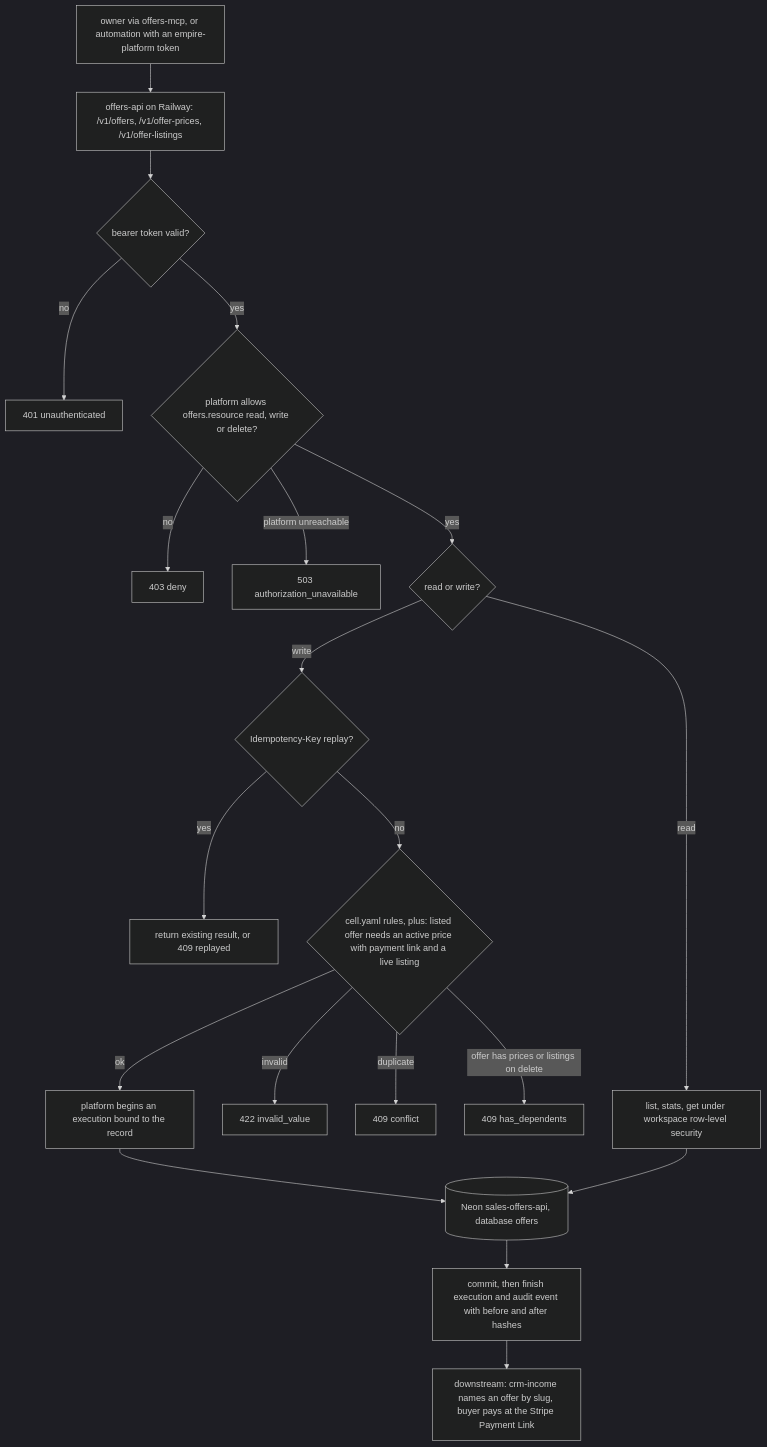
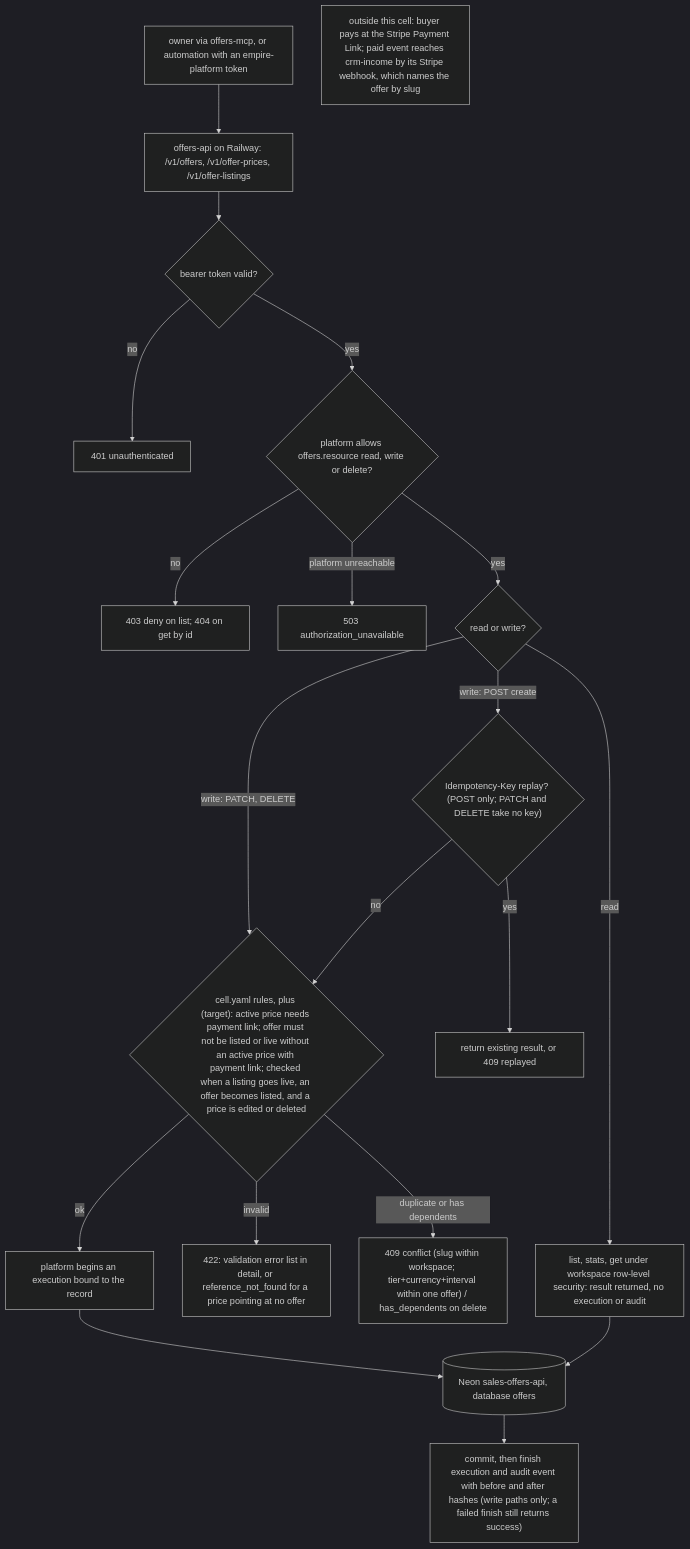
One commit to bookchaowalit/sales-offers-api changed the second of 2 diagrams in docs/diagrams/01-business-process.md. Above: the diagram before and after it, drawn with Mermaid (dark theme). The commit also changed other lines of this file, not shown here.

````diff
--- a/docs/diagrams/01-business-process.md
+++ b/docs/diagrams/01-business-process.md
@@ -45,22 +45,22 @@
 ```mermaid
 flowchart TD
   CALLER["owner via offers-mcp, or automation with an empire-platform token"] --> API["offers-api on Railway: /v1/offers, /v1/offer-prices, /v1/offer-listings"]
   API --> VERIFY{"bearer token valid?"}
   VERIFY -->|no| R401["401 unauthenticated"]
   VERIFY -->|yes| CHK{"platform allows offers.resource read, write or delete?"}
-  CHK -->|no| R403["403 deny"]
+  CHK -->|"no"| R403["403 deny on list; 404 on get by id"]
   CHK -->|"platform unreachable"| R503["503 authorization_unavailable"]
   CHK -->|yes| KIND{"read or write?"}
-  KIND -->|read| READ["list, stats, get under workspace row-level security"]
-  KIND -->|write| IDEM{"Idempotency-Key replay?"}
+  KIND -->|read| READ["list, stats, get under workspace row-level security: result returned, no execution or audit"]
+  KIND -->|"write: POST create"| IDEM{"Idempotency-Key replay? (POST only; PATCH and DELETE take no key)"}
+  KIND -->|"write: PATCH, DELETE"| RULES
   IDEM -->|yes| REPLAYED["return existing result, or 409 replayed"]
-  IDEM -->|no| RULES{"cell.yaml rules, plus: listed offer needs an active price with payment link and a live listing"}
-  RULES -->|"invalid"| R422["422 invalid_value"]
-  RULES -->|"duplicate"| R409["409 conflict"]
-  RULES -->|"offer has prices or listings on delete"| R409B["409 has_dependents"]
+  IDEM -->|no| RULES{"cell.yaml rules, plus (target): active price needs payment link; offer must not be listed or live without an active price with payment link; checked when a listing goes live, an offer becomes listed, and a price is edited or deleted"}
+  RULES -->|"invalid"| R422["422: validation error list in detail, or reference_not_found for a price pointing at no offer"]
+  RULES -->|"duplicate or has dependents"| R409["409 conflict (slug within workspace; tier+currency+interval within one offer) / has_dependents on delete"]
   RULES -->|ok| EXEC["platform begins an execution bound to the record"]
   EXEC --> DB[("Neon sales-offers-api, database offers")]
-  DB --> AUDIT["commit, then finish execution and audit event with before and after hashes"]
+  DB --> AUDIT["commit, then finish execution and audit event with before and after hashes (write paths only; a failed finish still returns success)"]
   READ --> DB
-  AUDIT --> BUYER["downstream: crm-income names an offer by slug, buyer pays at the Stripe Payment Link"]
+  PAY["outside this cell: buyer pays at the Stripe Payment Link; paid event reaches crm-income by its Stripe webhook, which names the offer by slug"]
 ```
````
